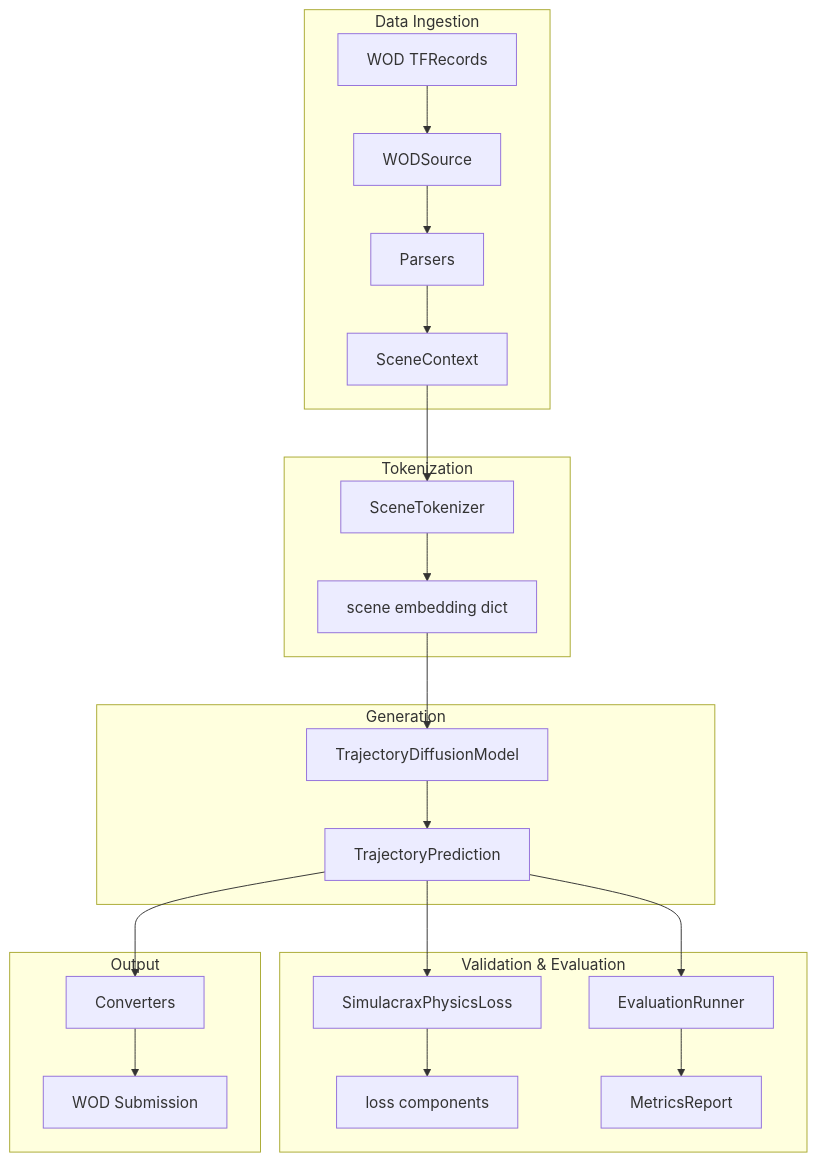
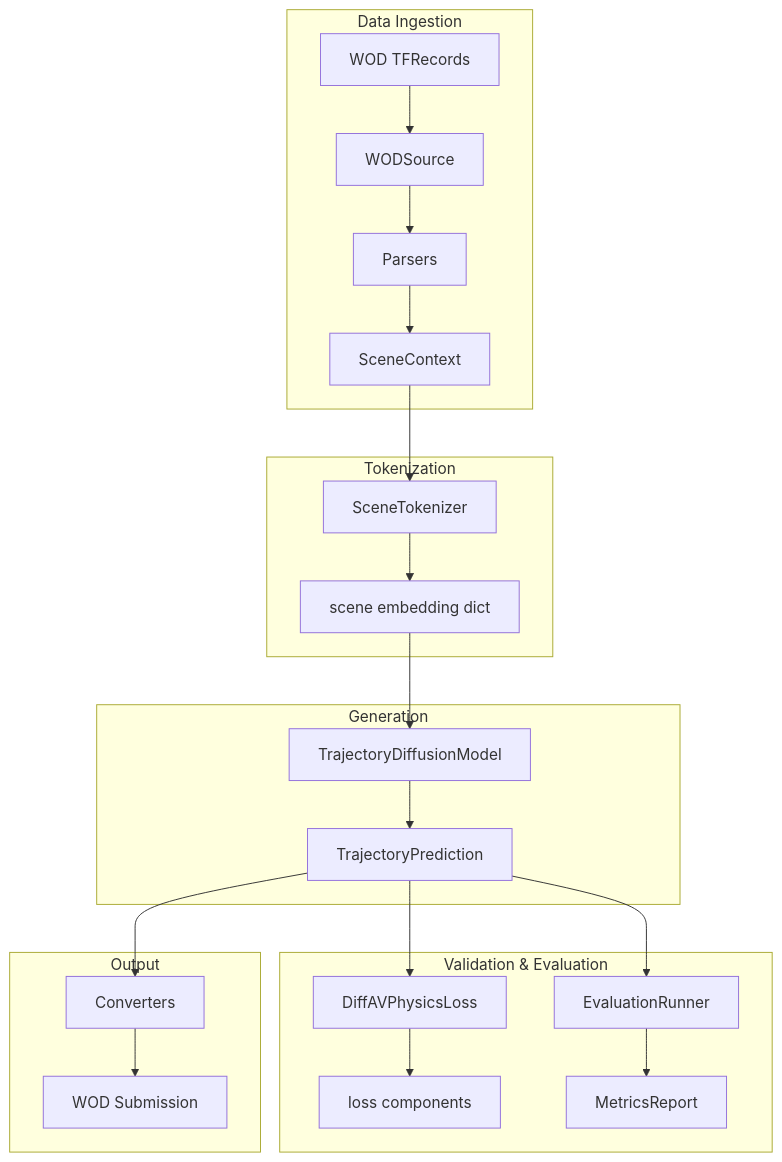
The first of 2 diagrams in docs/development/architecture.md (avitai/DiffAV), drawn with Mermaid before and after one commit. The commit also changed other lines of this file and 327 other files, not shown here.

First line of the commit message:
refactor!: rename the project from Simulacrax to DiffAV

````diff
--- a/docs/development/architecture.md
+++ b/docs/development/architecture.md
@@ -8,30 +8,30 @@
 ```mermaid
 graph TB
     subgraph "Data Ingestion"
         WOD[WOD TFRecords] --> WS[WODSource]
         WS --> P[Parsers]
         P --> SC[SceneContext]
     end
 
     subgraph "Tokenization"
         SC --> ST[SceneTokenizer]
         ST --> TS[scene embedding dict]
     end
 
     subgraph "Generation"
         TS --> TG[TrajectoryDiffusionModel]
         TG --> TP[TrajectoryPrediction]
     end
 
     subgraph "Validation & Evaluation"
-        TP --> PV[SimulacraxPhysicsLoss]
+        TP --> PV[DiffAVPhysicsLoss]
         PV --> VR[loss components]
         TP --> EV[EvaluationRunner]
         EV --> MR[MetricsReport]
     end
 
     subgraph "Output"
         TP --> CV[Converters]
         CV --> SUB[WOD Submission]
     end
 ```
````
